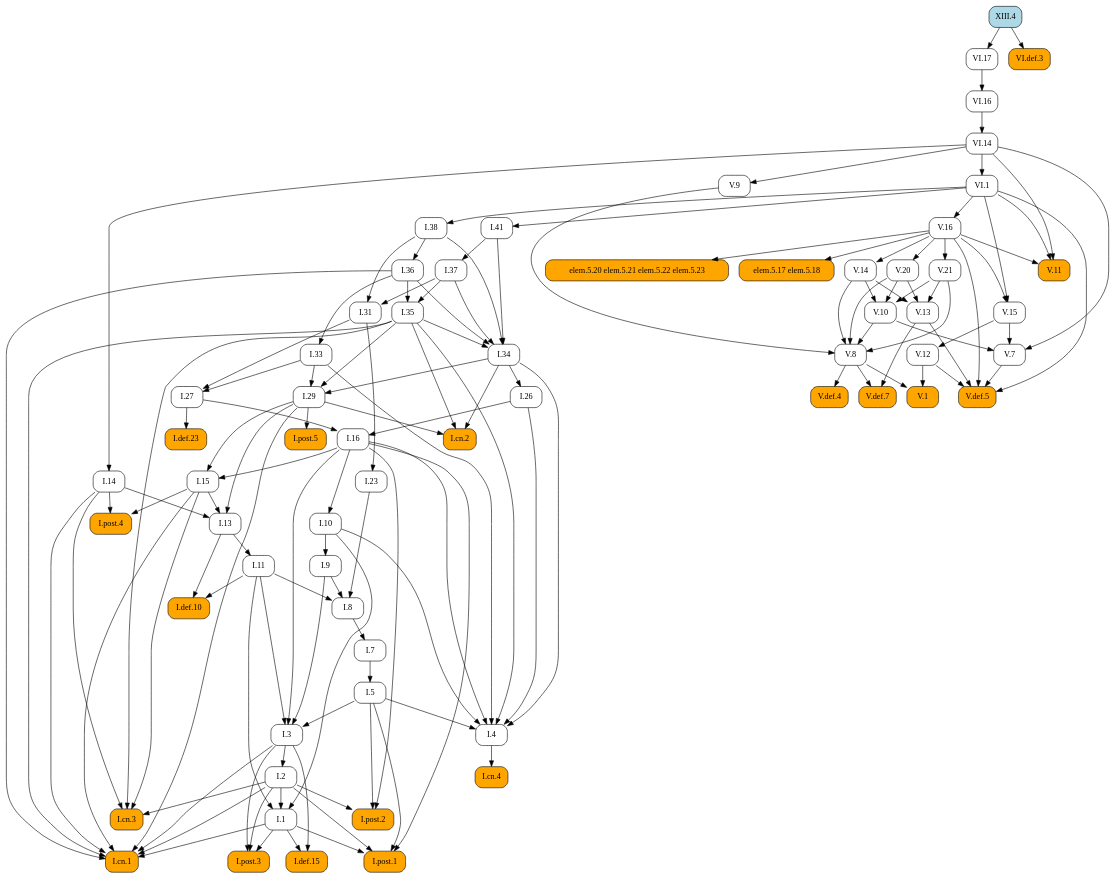
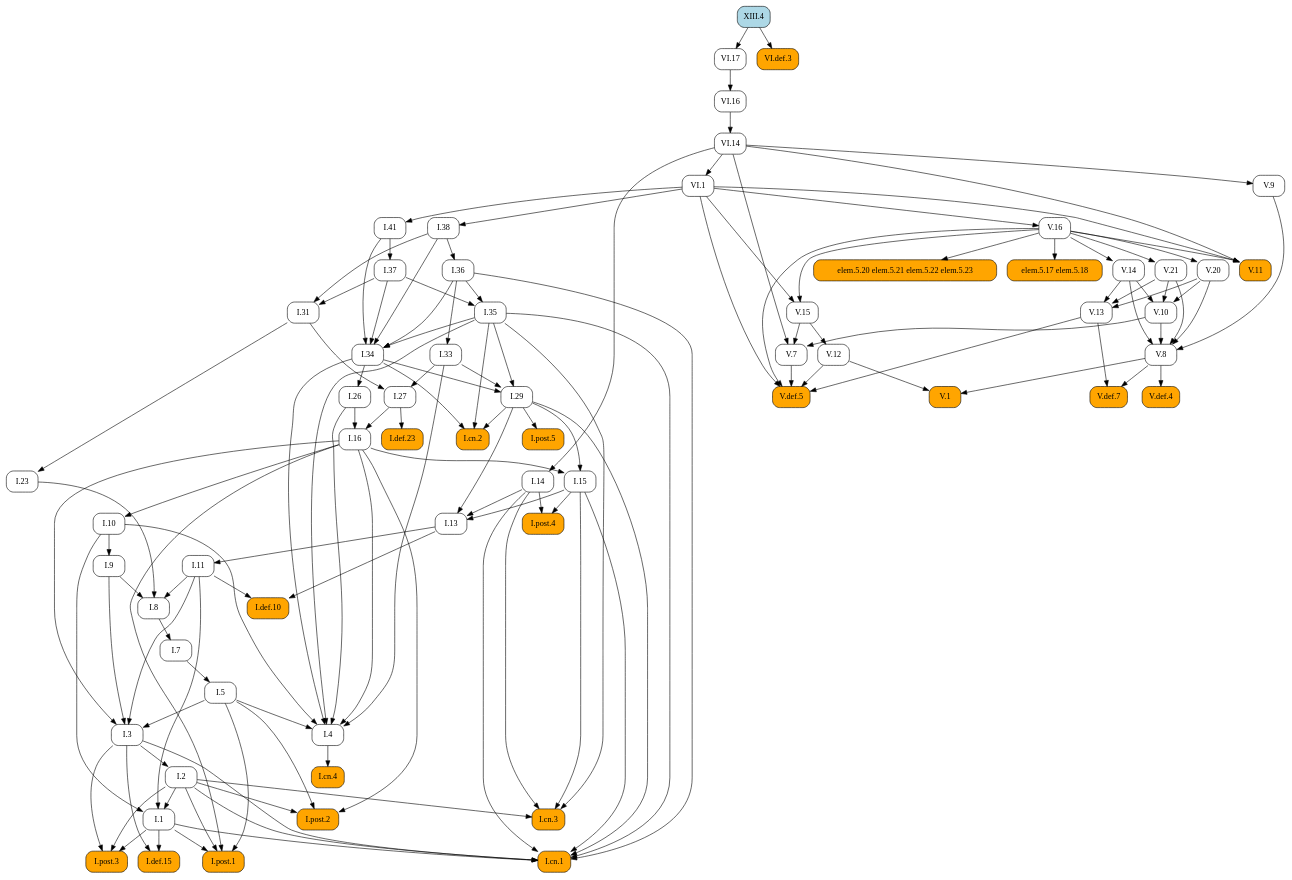
Before and after one commit to geometor/elements: the diagram in docsrc/heath/XIII/4/index.rst, drawn with Graphviz. The commit also changed other lines of this file and 484 other files, not shown here.

```diff
--- a/docsrc/heath/XIII/4/index.rst
+++ b/docsrc/heath/XIII/4/index.rst
@@ -43,108 +43,126 @@
    digraph {
      rankdir="TB";
      node [shape=box, style=rounded];
-     "I.def.10" [style="rounded,filled", fillcolor=orange, URL="/heath/I/def.10/", target="_top"];
-     "I.11" [URL="/heath/I/11/", target="_top"];
-     "I.post.4" [style="rounded,filled", fillcolor=orange, URL="/heath/I/post.4/", target="_top"];
-     "I.1" [URL="/heath/I/1/", target="_top"];
-     "I.26" [URL="/heath/I/26/", target="_top"];
+     "V.16" [URL="/heath/V/16/", target="_top"];
+     "I.23" [URL="/heath/I/23/", target="_top"];
+     "I.9" [URL="/heath/I/9/", target="_top"];
+     "I.33" [URL="/heath/I/33/", target="_top"];
+     "I.def.15" [style="rounded,filled", fillcolor=orange, URL="/heath/I/def.15/", target="_top"];
+     "V.13" [URL="/heath/V/13/", target="_top"];
+     "V.7" [URL="/heath/V/7/", target="_top"];
+     "elem.5.17 elem.5.18" [style="rounded,filled", fillcolor=orange];
+     "I.post.3" [style="rounded,filled", fillcolor=orange, URL="/heath/I/post.3/", target="_top"];
+     "I.post.1" [style="rounded,filled", fillcolor=orange, URL="/heath/I/post.1/", target="_top"];
      "V.14" [URL="/heath/V/14/", target="_top"];
      "V.def.5" [style="rounded,filled", fillcolor=orange, URL="/heath/V/def.5/", target="_top"];
+     "V.9" [URL="/heath/V/9/", target="_top"];
+     "VI.def.3" [style="rounded,filled", fillcolor=orange, URL="/heath/VI/def.3/", target="_top"];
+     "I.31" [URL="/heath/I/31/", target="_top"];
+     "XIII.4" [style="rounded,filled", fillcolor=lightblue, URL="/heath/XIII/4/", target="_top"];
+     "I.def.10" [style="rounded,filled", fillcolor=orange, URL="/heath/I/def.10/", target="_top"];
+     "V.10" [URL="/heath/V/10/", target="_top"];
+     "VI.1" [URL="/heath/VI/1/", target="_top"];
+     "V.20" [URL="/heath/V/20/", target="_top"];
+     "VI.14" [URL="/heath/VI/14/", target="_top"];
+     "I.27" [URL="/heath/I/27/", target="_top"];
+     "I.14" [URL="/heath/I/14/", target="_top"];
+     "V.11" [style="rounded,filled", fillcolor=orange, URL="/heath/V/11/", target="_top"];
+     "elem.5.20 elem.5.21 elem.5.22 elem.5.23" [style="rounded,filled", fillcolor=orange];
+     "I.34" [URL="/heath/I/34/", target="_top"];
+     "V.12" [URL="/heath/V/12/", target="_top"];
+     "I.3" [URL="/heath/I/3/", target="_top"];
+     "V.def.4" [style="rounded,filled", fillcolor=orange, URL="/heath/V/def.4/", target="_top"];
+     "I.35" [URL="/heath/I/35/", target="_top"];
+     "I.cn.1" [style="rounded,filled", fillcolor=orange, URL="/heath/I/cn.1/", target="_top"];
+     "V.def.7" [style="rounded,filled", fillcolor=orange, URL="/heath/V/def.7/", target="_top"];
+     "I.7" [URL="/heath/I/7/", target="_top"];
+     "V.21" [URL="/heath/V/21/", target="_top"];
+     "I.2" [URL="/heath/I/2/", target="_top"];
+     "I.36" [URL="/heath/I/36/", target="_top"];
+     "I.13" [URL="/heath/I/13/", target="_top"];
+     "I.post.4" [style="rounded,filled", fillcolor=orange, URL="/heath/I/post.4/", target="_top"];
+     "I.4" [URL="/heath/I/4/", target="_top"];
+     "I.1" [URL="/heath/I/1/", target="_top"];
+     "I.5" [URL="/heath/I/5/", target="_top"];
+     "I.37" [URL="/heath/I/37/", target="_top"];
+     "I.8" [URL="/heath/I/8/", target="_top"];
+     "I.cn.3" [style="rounded,filled", fillcolor=orange, URL="/heath/I/cn.3/", target="_top"];
      "I.29" [URL="/heath/I/29/", target="_top"];
-     "V.12" [URL="/heath/V/12/", target="_top"];
+     "I.16" [URL="/heath/I/16/", target="_top"];
+     "I.38" [URL="/heath/I/38/", target="_top"];
+     "V.8" [URL="/heath/V/8/", target="_top"];
+     "I.15" [URL="/heath/I/15/", target="_top"];
+     "V.1" [style="rounded,filled", fillcolor=orange, URL="/heath/V/1/", target="_top"];
+     "I.11" [URL="/heath/I/11/", target="_top"];
+     "I.def.23" [style="rounded,filled", fillcolor=orange, URL="/heath/I/def.23/", target="_top"];
+     "I.10" [URL="/heath/I/10/", target="_top"];
      "I.cn.2" [style="rounded,filled", fillcolor=orange, URL="/heath/I/cn.2/", target="_top"];
-     "V.20" [URL="/heath/V/20/", target="_top"];
-     "V.10" [URL="/heath/V/10/", target="_top"];
-     "V.11" [style="rounded,filled", fillcolor=orange, URL="/heath/V/11/", target="_top"];
-     "V.13" [URL="/heath/V/13/", target="_top"];
-     "I.def.15" [style="rounded,filled", fillcolor=orange, URL="/heath/I/def.15/", target="_top"];
-     "XIII.4" [style="rounded,filled", fillcolor=lightblue, URL="/heath/XIII/4/", target="_top"];
+     "I.post.5" [style="rounded,filled", fillcolor=orange, URL="/heath/I/post.5/", target="_top"];
+     "VI.17" [URL="/heath/VI/17/", target="_top"];
+     "I.cn.4" [style="rounded,filled", fillcolor=orange, URL="/heath/I/cn.4/", target="_top"];
+     "I.41" [URL="/heath/I/41/", target="_top"];
      "V.15" [URL="/heath/V/15/", target="_top"];
-     "VI.1" [URL="/heath/VI/1/", target="_top"];
-     "I.post.3" [style="rounded,filled", fillcolor=orange, URL="/heath/I/post.3/", target="_top"];
-     "I.cn.1" [style="rounded,filled", fillcolor=orange, URL="/heath/I/cn.1/", target="_top"];
-     "I.cn.3" [style="rounded,filled", fillcolor=orange, URL="/heath/I/cn.3/", target="_top"];
-     "V.7" [URL="/heath/V/7/", target="_top"];
-     "VI.17" [URL="/heath/VI/17/", target="_top"];
-     "I.14" [URL="/heath/I/14/", target="_top"];
-     "V.9" [URL="/heath/V/9/", target="_top"];
-     "V.16" [URL="/heath/V/16/", target="_top"];
-     "I.23" [URL="/heath/I/23/", target="_top"];
-     "I.post.1" [style="rounded,filled", fillcolor=orange, URL="/heath/I/post.1/", target="_top"];
-     "I.35" [URL="/heath/I/35/", target="_top"];
-     "V.8" [URL="/heath/V/8/", target="_top"];
-     "I.41" [URL="/heath/I/41/", target="_top"];
-     "I.36" [URL="/heath/I/36/", target="_top"];
-     "I.27" [URL="/heath/I/27/", target="_top"];
-     "I.37" [URL="/heath/I/37/", target="_top"];
-     "I.34" [URL="/heath/I/34/", target="_top"];
-     "I.3" [URL="/heath/I/3/", target="_top"];
-     "I.7" [URL="/heath/I/7/", target="_top"];
-     "I.2" [URL="/heath/I/2/", target="_top"];
-     "I.4" [URL="/heath/I/4/", target="_top"];
-     "I.def.23" [style="rounded,filled", fillcolor=orange, URL="/heath/I/def.23/", target="_top"];
-     "I.13" [URL="/heath/I/13/", target="_top"];
-     "I.33" [URL="/heath/I/33/", target="_top"];
-     "I.31" [URL="/heath/I/31/", target="_top"];
      "I.post.2" [style="rounded,filled", fillcolor=orange, URL="/heath/I/post.2/", target="_top"];
-     "V.1" [style="rounded,filled", fillcolor=orange, URL="/heath/V/1/", target="_top"];
-     "I.16" [URL="/heath/I/16/", target="_top"];
-     "elem.5.20 elem.5.21 elem.5.22 elem.5.23" [style="rounded,filled", fillcolor=orange];
-     "elem.5.17 elem.5.18" [style="rounded,filled", fillcolor=orange];
-     "VI.def.3" [style="rounded,filled", fillcolor=orange, URL="/heath/VI/def.3/", target="_top"];
-     "I.9" [URL="/heath/I/9/", target="_top"];
-     "I.8" [URL="/heath/I/8/", target="_top"];
-     "V.def.4" [style="rounded,filled", fillcolor=orange, URL="/heath/V/def.4/", target="_top"];
+     "I.26" [URL="/heath/I/26/", target="_top"];
      "VI.16" [URL="/heath/VI/16/", target="_top"];
-     "VI.14" [URL="/heath/VI/14/", target="_top"];
-     "I.cn.4" [style="rounded,filled", fillcolor=orange, URL="/heath/I/cn.4/", target="_top"];
-     "I.15" [URL="/heath/I/15/", target="_top"];
-     "I.post.5" [style="rounded,filled", fillcolor=orange, URL="/heath/I/post.5/", target="_top"];
-     "I.38" [URL="/heath/I/38/", target="_top"];
-     "V.def.7" [style="rounded,filled", fillcolor=orange, URL="/heath/V/def.7/", target="_top"];
-     "I.10" [URL="/heath/I/10/", target="_top"];
-     "I.5" [URL="/heath/I/5/", target="_top"];
-     "V.21" [URL="/heath/V/21/", target="_top"];
-     "I.11" -> "I.def.10";
-     "I.13" -> "I.def.10";
-     "I.13" -> "I.11";
-     "I.14" -> "I.post.4";
-     "I.15" -> "I.post.4";
-     "I.2" -> "I.1";
-     "I.10" -> "I.1";
-     "I.11" -> "I.1";
-     "I.34" -> "I.26";
+     "VI.1" -> "V.16";
+     "I.31" -> "I.23";
+     "I.10" -> "I.9";
+     "I.36" -> "I.33";
+     "I.1" -> "I.def.15";
+     "I.3" -> "I.def.15";
+     "V.14" -> "V.13";
+     "V.20" -> "V.13";
+     "V.21" -> "V.13";
+     "V.10" -> "V.7";
+     "V.15" -> "V.7";
+     "VI.14" -> "V.7";
+     "V.16" -> "elem.5.17 elem.5.18";
+     "I.1" -> "I.post.3";
+     "I.2" -> "I.post.3";
+     "I.3" -> "I.post.3";
+     "I.1" -> "I.post.1";
+     "I.2" -> "I.post.1";
+     "I.5" -> "I.post.1";
+     "I.16" -> "I.post.1";
      "V.16" -> "V.14";
      "V.7" -> "V.def.5";
      "V.12" -> "V.def.5";
      "V.13" -> "V.def.5";
      "V.16" -> "V.def.5";
      "VI.1" -> "V.def.5";
-     "I.33" -> "I.29";
-     "I.34" -> "I.29";
-     "I.35" -> "I.29";
-     "V.15" -> "V.12";
-     "I.29" -> "I.cn.2";
-     "I.34" -> "I.cn.2";
-     "I.35" -> "I.cn.2";
-     "V.16" -> "V.20";
+     "VI.14" -> "V.9";
+     "XIII.4" -> "VI.def.3";
+     "I.37" -> "I.31";
+     "I.38" -> "I.31";
+     "I.11" -> "I.def.10";
+     "I.13" -> "I.def.10";
      "V.14" -> "V.10";
      "V.20" -> "V.10";
      "V.21" -> "V.10";
+     "VI.14" -> "VI.1";
+     "V.16" -> "V.20";
+     "VI.16" -> "VI.14";
+     "I.31" -> "I.27";
+     "I.33" -> "I.27";
+     "VI.14" -> "I.14";
      "V.16" -> "V.11";
      "VI.1" -> "V.11";
      "VI.14" -> "V.11";
-     "V.14" -> "V.13";
-     "V.20" -> "V.13";
-     "V.21" -> "V.13";
-     "I.1" -> "I.def.15";
-     "I.3" -> "I.def.15";
-     "V.16" -> "V.15";
-     "VI.1" -> "V.15";
-     "VI.14" -> "VI.1";
-     "I.1" -> "I.post.3";
-     "I.2" -> "I.post.3";
-     "I.3" -> "I.post.3";
+     "V.16" -> "elem.5.20 elem.5.21 elem.5.22 elem.5.23";
+     "I.35" -> "I.34";
+     "I.36" -> "I.34";
+     "I.37" -> "I.34";
+     "I.38" -> "I.34";
+     "I.41" -> "I.34";
+     "V.15" -> "V.12";
+     "I.5" -> "I.3";
+     "I.9" -> "I.3";
+     "I.11" -> "I.3";
+     "I.16" -> "I.3";
+     "V.8" -> "V.def.4";
+     "I.36" -> "I.35";
+     "I.37" -> "I.35";
      "I.1" -> "I.cn.1";
      "I.2" -> "I.cn.1";
      "I.3" -> "I.cn.1";
@@ -153,45 +171,17 @@
      "I.29" -> "I.cn.1";
      "I.35" -> "I.cn.1";
      "I.36" -> "I.cn.1";
-     "I.2" -> "I.cn.3";
-     "I.14" -> "I.cn.3";
-     "I.15" -> "I.cn.3";
-     "I.35" -> "I.cn.3";
-     "V.10" -> "V.7";
-     "V.15" -> "V.7";
-     "VI.14" -> "V.7";
-     "XIII.4" -> "VI.17";
-     "VI.14" -> "I.14";
-     "VI.14" -> "V.9";
-     "VI.1" -> "V.16";
-     "I.31" -> "I.23";
-     "I.1" -> "I.post.1";
-     "I.2" -> "I.post.1";
-     "I.5" -> "I.post.1";
-     "I.16" -> "I.post.1";
-     "I.36" -> "I.35";
-     "I.37" -> "I.35";
-     "V.9" -> "V.8";
-     "V.10" -> "V.8";
-     "V.14" -> "V.8";
-     "V.20" -> "V.8";
-     "V.21" -> "V.8";
-     "VI.1" -> "I.41";
+     "V.8" -> "V.def.7";
+     "V.13" -> "V.def.7";
+     "I.8" -> "I.7";
+     "V.16" -> "V.21";
+     "I.3" -> "I.2";
      "I.38" -> "I.36";
-     "I.31" -> "I.27";
-     "I.33" -> "I.27";
-     "I.41" -> "I.37";
-     "I.35" -> "I.34";
-     "I.36" -> "I.34";
-     "I.37" -> "I.34";
-     "I.38" -> "I.34";
-     "I.41" -> "I.34";
-     "I.5" -> "I.3";
-     "I.9" -> "I.3";
-     "I.11" -> "I.3";
-     "I.16" -> "I.3";
-     "I.8" -> "I.7";
-     "I.3" -> "I.2";
+     "I.14" -> "I.13";
+     "I.15" -> "I.13";
+     "I.29" -> "I.13";
+     "I.14" -> "I.post.4";
+     "I.15" -> "I.post.4";
      "I.5" -> "I.4";
      "I.10" -> "I.4";
      "I.16" -> "I.4";
@@ -199,38 +189,48 @@
      "I.33" -> "I.4";
      "I.34" -> "I.4";
      "I.35" -> "I.4";
+     "I.2" -> "I.1";
+     "I.10" -> "I.1";
+     "I.11" -> "I.1";
+     "I.7" -> "I.5";
+     "I.41" -> "I.37";
+     "I.9" -> "I.8";
+     "I.11" -> "I.8";
+     "I.23" -> "I.8";
+     "I.2" -> "I.cn.3";
+     "I.14" -> "I.cn.3";
+     "I.15" -> "I.cn.3";
+     "I.35" -> "I.cn.3";
+     "I.33" -> "I.29";
+     "I.34" -> "I.29";
+     "I.35" -> "I.29";
+     "I.26" -> "I.16";
+     "I.27" -> "I.16";
+     "VI.1" -> "I.38";
+     "V.9" -> "V.8";
+     "V.10" -> "V.8";
+     "V.14" -> "V.8";
+     "V.20" -> "V.8";
+     "V.21" -> "V.8";
+     "I.16" -> "I.15";
+     "I.29" -> "I.15";
+     "V.8" -> "V.1";
+     "V.12" -> "V.1";
+     "I.13" -> "I.11";
      "I.27" -> "I.def.23";
-     "I.14" -> "I.13";
-     "I.15" -> "I.13";
-     "I.29" -> "I.13";
-     "I.36" -> "I.33";
-     "I.37" -> "I.31";
-     "I.38" -> "I.31";
+     "I.16" -> "I.10";
+     "I.29" -> "I.cn.2";
+     "I.34" -> "I.cn.2";
+     "I.35" -> "I.cn.2";
+     "I.29" -> "I.post.5";
+     "XIII.4" -> "VI.17";
+     "I.4" -> "I.cn.4";
+     "VI.1" -> "I.41";
+     "V.16" -> "V.15";
+     "VI.1" -> "V.15";
      "I.2" -> "I.post.2";
      "I.5" -> "I.post.2";
      "I.16" -> "I.post.2";
-     "V.8" -> "V.1";
-     "V.12" -> "V.1";
-     "I.26" -> "I.16";
-     "I.27" -> "I.16";
-     "V.16" -> "elem.5.20 elem.5.21 elem.5.22 elem.5.23";
-     "V.16" -> "elem.5.17 elem.5.18";
-     "XIII.4" -> "VI.def.3";
-     "I.10" -> "I.9";
-     "I.9" -> "I.8";
-     "I.11" -> "I.8";
-     "I.23" -> "I.8";
-     "V.8" -> "V.def.4";
+     "I.34" -> "I.26";
      "VI.17" -> "VI.16";
-     "VI.16" -> "VI.14";
-     "I.4" -> "I.cn.4";
-     "I.16" -> "I.15";
-     "I.29" -> "I.15";
-     "I.29" -> "I.post.5";
-     "VI.1" -> "I.38";
-     "V.8" -> "V.def.7";
-     "V.13" -> "V.def.7";
-     "I.16" -> "I.10";
-     "I.7" -> "I.5";
-     "V.16" -> "V.21";
    }
```
